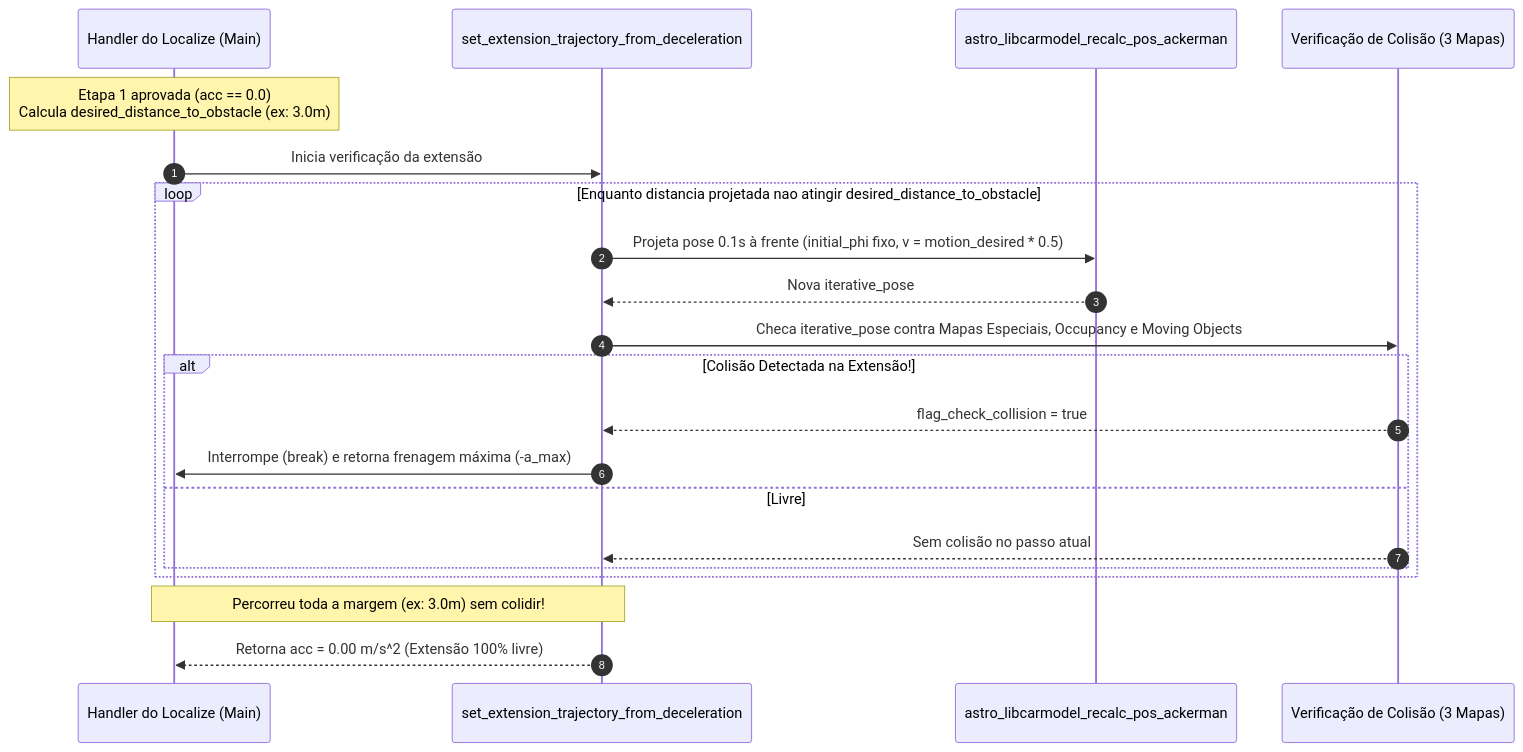
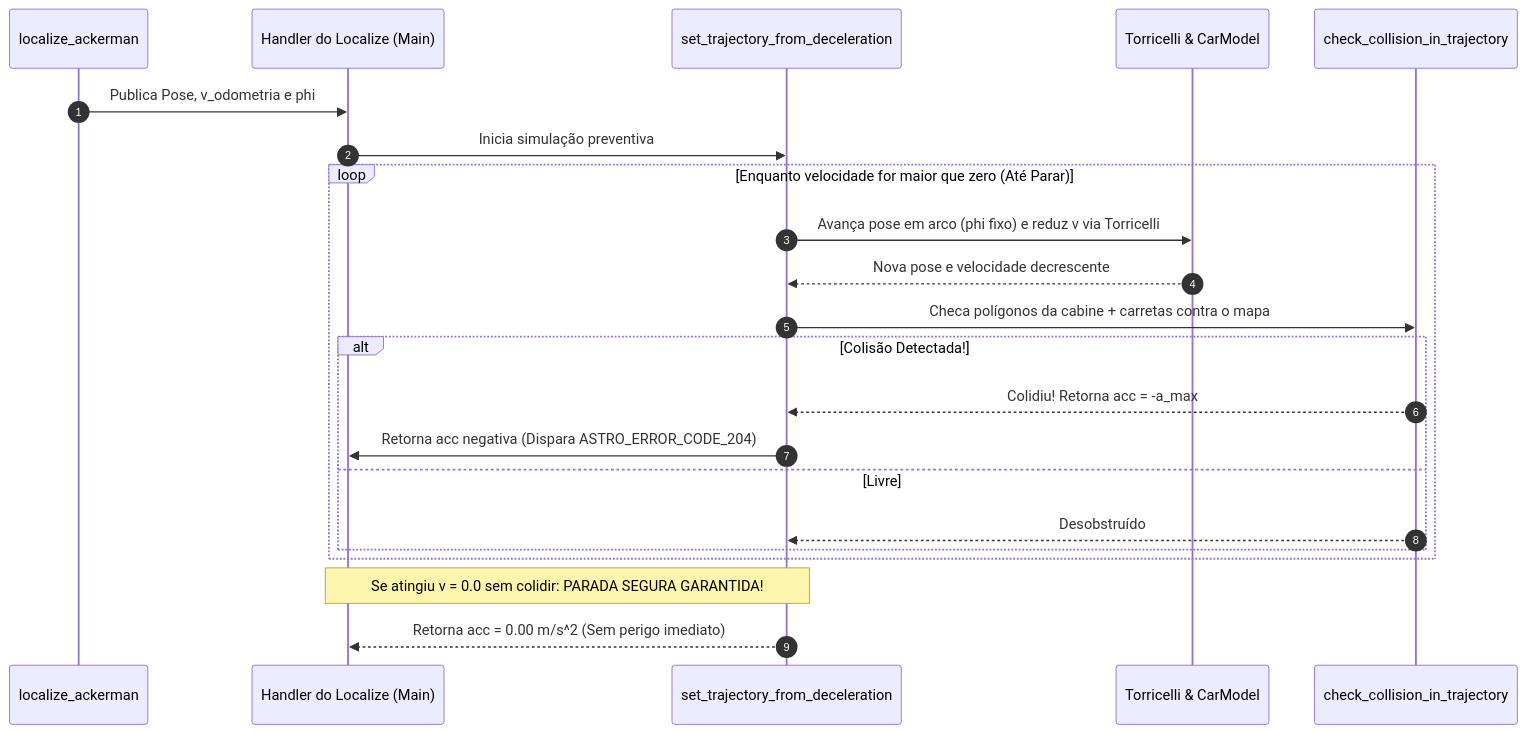
Before and after one commit to BrenoCSilva/lume: the second of 2 diagrams in README.md, drawn with Mermaid. The commit also changed other lines of this file, not shown here.

````diff
--- a/README.md
+++ b/README.md
@@ -138,26 +113,27 @@
 ```mermaid
 sequenceDiagram
     autonumber
+    participant LOC as localize_ackerman
     participant OA_MAIN as Handler do Localize (Main)
-    participant EXT as set_extension_trajectory_from_deceleration
-    participant MODEL as astro_libcarmodel_recalc_pos_ackerman
-    participant MAPS as Verificação de Colisão (3 Mapas)
+    participant FUNC as set_trajectory_from_deceleration
+    participant TORR as Torricelli & CarModel
+    participant COL as check_collision_in_trajectory
 
-    Note over OA_MAIN: Etapa 1 aprovada (acc == 0.0)<br/>Calcula desired_distance_to_obstacle (ex: 3.0m)
-    OA_MAIN->>EXT: Inicia verificação da extensão
+    LOC->>OA_MAIN: Publica Pose, v_odometria e phi
+    OA_MAIN->>FUNC: Inicia simulação preventiva
     
-    loop Enquanto distancia projetada nao atingir desired_distance_to_obstacle
-        EXT->>MODEL: Projeta pose 0.1s à frente (initial_phi fixo, v = motion_desired * 0.5)
-        MODEL-->>EXT: Nova iterative_pose
-        EXT->>MAPS: Checa iterative_pose contra Mapas Especiais, Occupancy e Moving Objects
-        alt Colisão Detectada na Extensão!
-            MAPS-->>EXT: flag_check_collision = true
-            EXT->>OA_MAIN: Interrompe (break) e retorna frenagem máxima (-a_max)
+    loop Enquanto velocidade for maior que zero (Até Parar)
+        FUNC->>TORR: Avança pose em arco (phi fixo) e reduz v via Torricelli
+        TORR-->>FUNC: Nova pose e velocidade decrescente
+        FUNC->>COL: Checa polígonos da cabine + carretas contra o mapa
+        alt Colisão Detectada!
+            COL-->>FUNC: Colidiu! Retorna acc = -a_max
+            FUNC->>OA_MAIN: Retorna acc negativa (Dispara ASTRO_ERROR_CODE_204)
         else Livre
-            MAPS-->>EXT: Sem colisão no passo atual
+            COL-->>FUNC: Desobstruído
         end
     end
     
-    Note over EXT,OA_MAIN: Percorreu toda a margem (ex: 3.0m) sem colidir!
-    EXT-->>OA_MAIN: Retorna acc = 0.00 m/s^2 (Extensão 100% livre)
+    Note over FUNC,OA_MAIN: Se atingiu v = 0.0 sem colidir: PARADA SEGURA GARANTIDA!
+    FUNC-->>OA_MAIN: Retorna acc = 0.00 m/s^2 (Sem perigo imediato)
 ```
````
